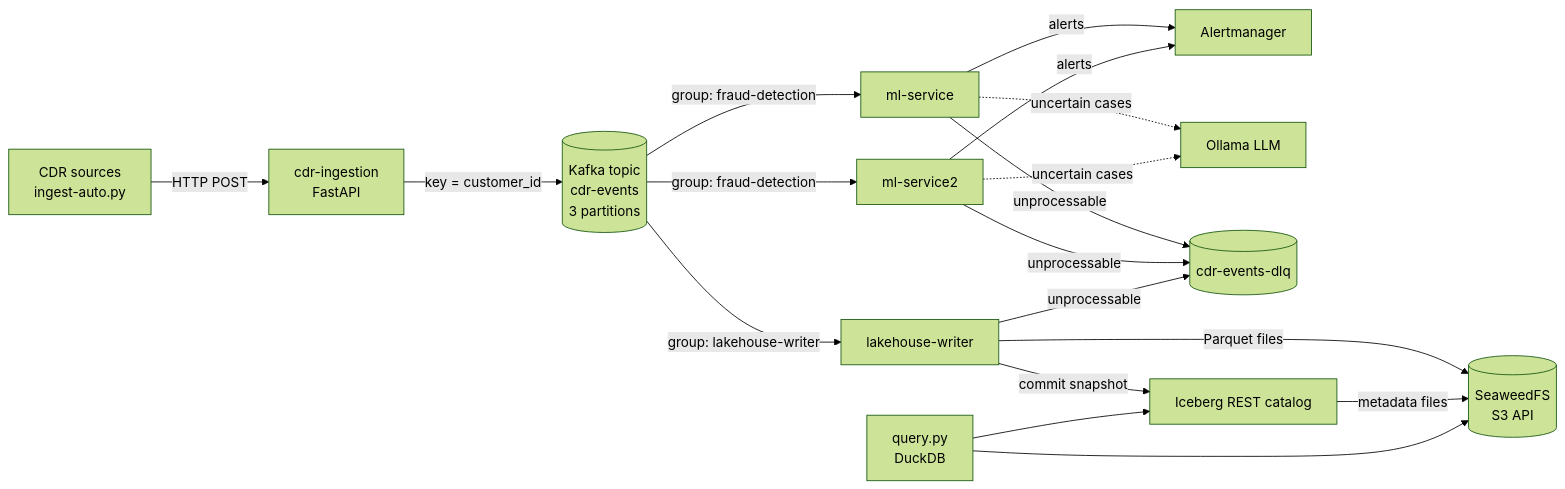
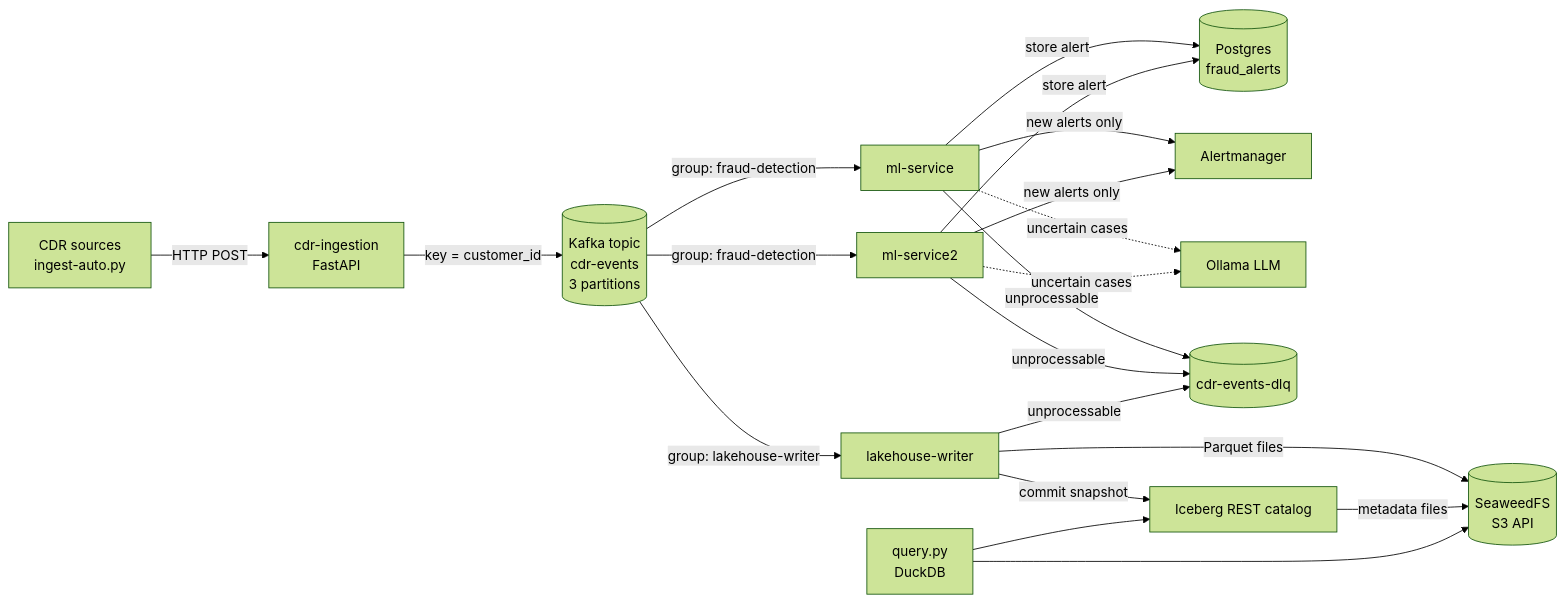
One commit to Abdurrehman994/telecom-cdr-lakehouse changed the diagram in docs/architecture.md. Above: the diagram before and after it, drawn with Mermaid (forest theme). The commit also changed other lines of this file and 7 other files, not shown here.

First line of the commit message:
feat: store fraud alerts in Postgres with idempotent inserts

````diff
--- a/docs/architecture.md
+++ b/docs/architecture.md
@@ -22,20 +22,21 @@
 ```mermaid
 flowchart LR
     SRC[CDR sources<br/>ingest-auto.py] -->|HTTP POST| ING[cdr-ingestion<br/>FastAPI]
     ING -->|key = customer_id| T[(Kafka topic<br/>cdr-events<br/>3 partitions)]
 
     T -->|group: fraud-detection| ML1[ml-service]
     T -->|group: fraud-detection| ML2[ml-service2]
     T -->|group: lakehouse-writer| LW[lakehouse-writer]
 
-    ML1 & ML2 -->|alerts| AM[Alertmanager]
+    ML1 & ML2 -->|store alert| PG[(Postgres<br/>fraud_alerts)]
+    ML1 & ML2 -->|new alerts only| AM[Alertmanager]
     ML1 & ML2 -.->|uncertain cases| OL[Ollama LLM]
     ML1 & ML2 & LW -->|unprocessable| DLQ[(cdr-events-dlq)]
 
     LW -->|commit snapshot| CAT[Iceberg REST catalog]
     LW -->|Parquet files| S3[(SeaweedFS<br/>S3 API)]
     CAT -->|metadata files| S3
 
     Q[query.py<br/>DuckDB] --> CAT
     Q --> S3
 ```
````
